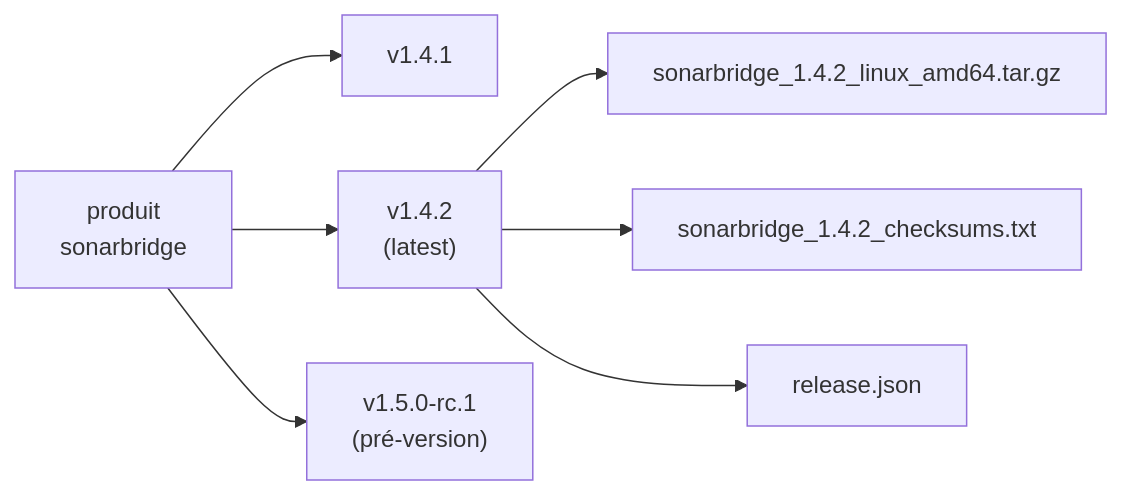
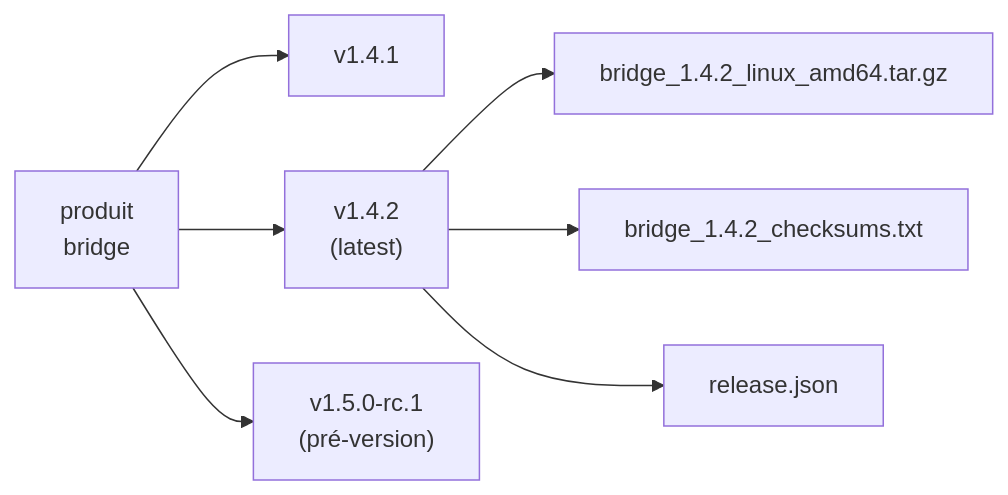
One commit to nivekalara237/local-registry changed the diagram in website/i18n/fr/docusaurus-plugin-content-docs/current/concepts/products-and-versions.md. Above: the diagram before and after it, drawn with Mermaid. The commit also changed other lines of this file and 96 other files, not shown here.

````diff
--- a/website/i18n/fr/docusaurus-plugin-content-docs/current/concepts/products-and-versions.md
+++ b/website/i18n/fr/docusaurus-plugin-content-docs/current/concepts/products-and-versions.md
@@ -20,9 +20,9 @@
 ```mermaid
 flowchart LR
-    P["produit<br/>sonarbridge"] --> V1["v1.4.1"]
+    P["produit<br/>bridge"] --> V1["v1.4.1"]
     P --> V2["v1.4.2<br/>(latest)"]
     P --> V3["v1.5.0-rc.1<br/>(pré-version)"]
-    V2 --> F1["sonarbridge_1.4.2_linux_amd64.tar.gz"]
-    V2 --> F2["sonarbridge_1.4.2_checksums.txt"]
+    V2 --> F1["bridge_1.4.2_linux_amd64.tar.gz"]
+    V2 --> F2["bridge_1.4.2_checksums.txt"]
     V2 --> F3["release.json"]
 ```
````
